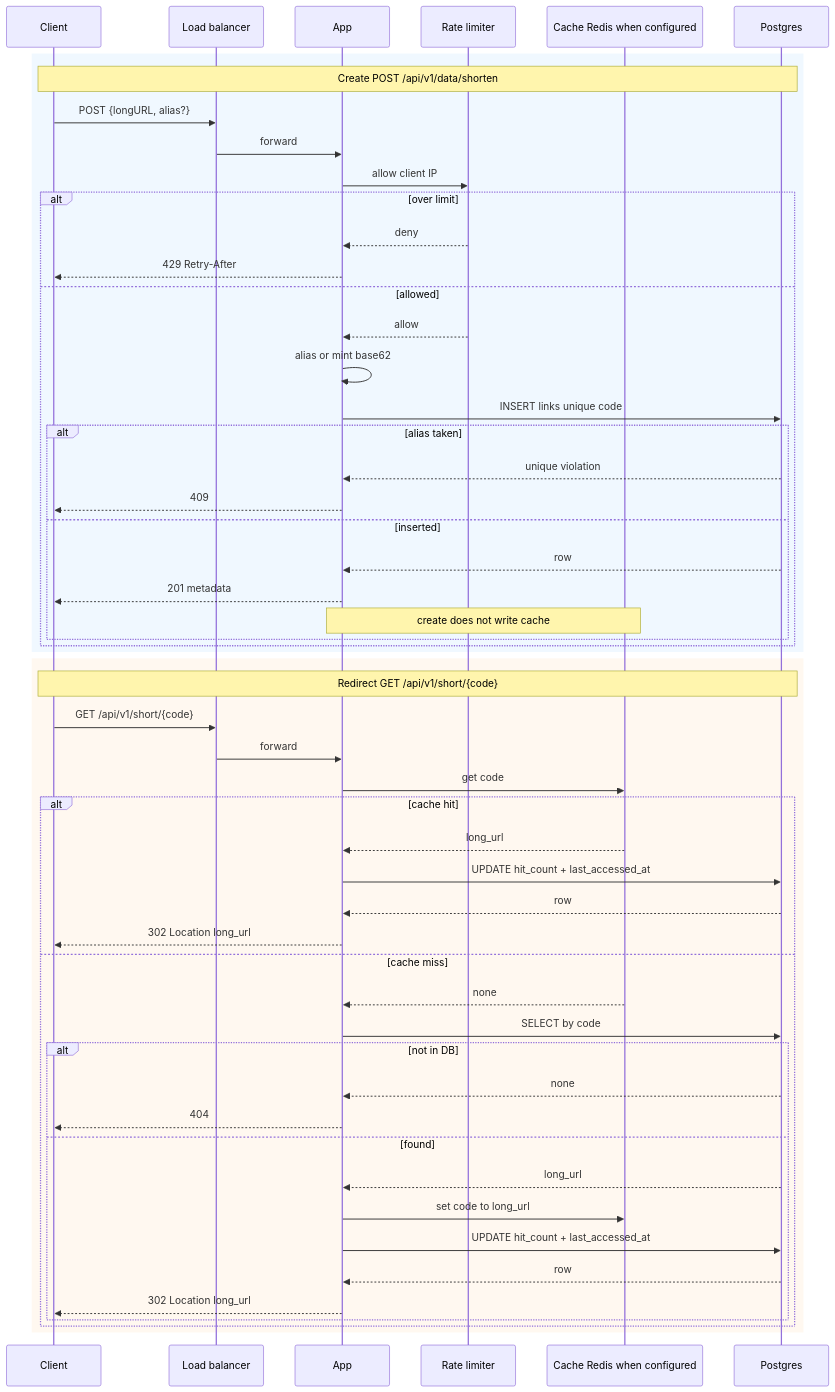
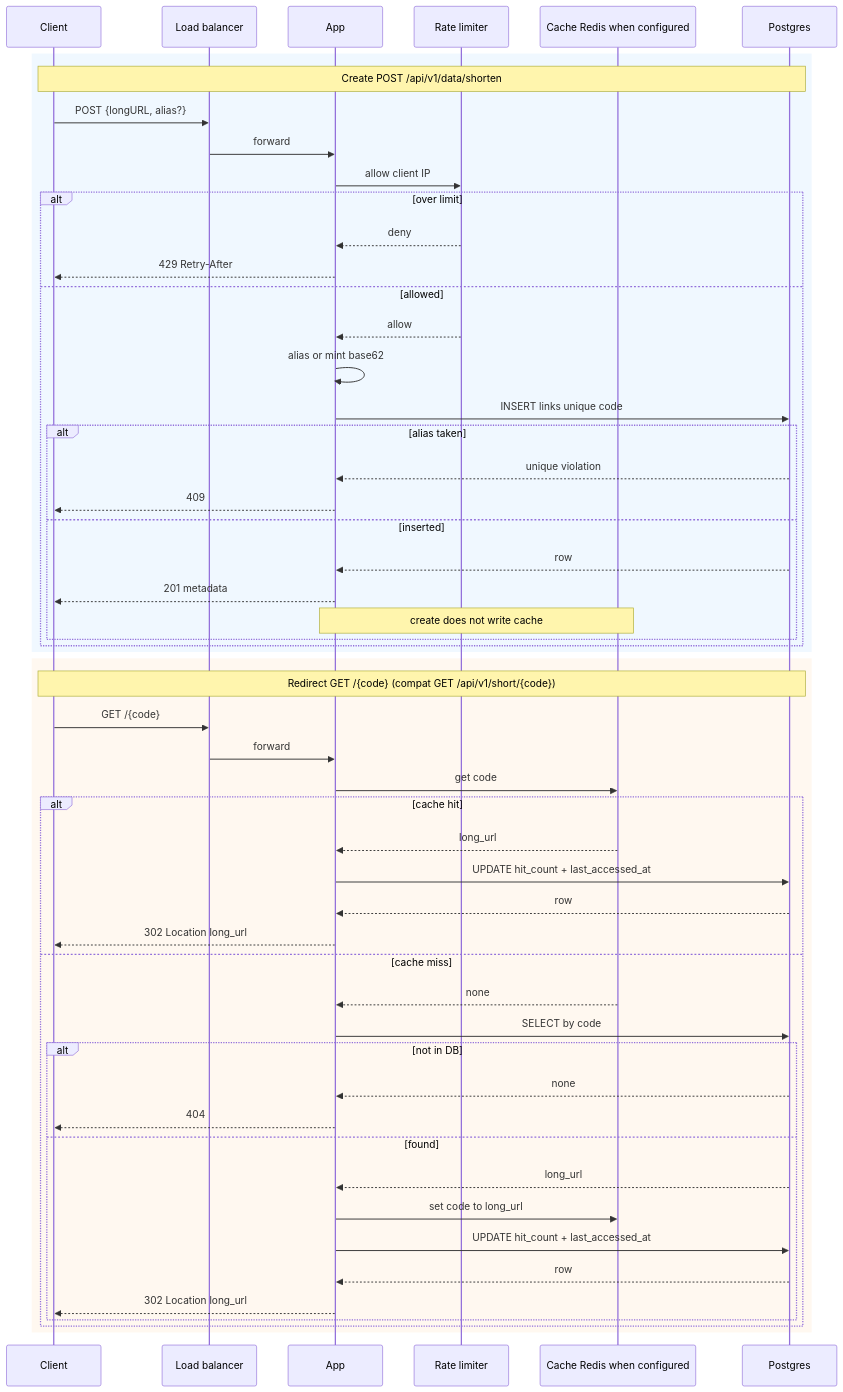
One commit to lagarcess/do-blitz changed the third of 4 diagrams in ARCHITECTURE.md. Above: the diagram before and after it, drawn with Mermaid. The commit also changed other lines of this file and 5 other files, not shown here.

First line of the commit message:
feat: public /{code} redirect and runtime shortURL (#6)

````diff
--- a/ARCHITECTURE.md
+++ b/ARCHITECTURE.md
@@ -110,58 +110,58 @@
 ```mermaid
 sequenceDiagram
     participant Client
     participant LB as Load balancer
     participant App
     participant RL as Rate limiter
     participant Cache as Cache Redis when configured
     participant PG as Postgres
 
     rect rgb(240, 248, 255)
     Note over Client,PG: Create POST /api/v1/data/shorten
     Client->>LB: POST {longURL, alias?}
     LB->>App: forward
     App->>RL: allow client IP
     alt over limit
         RL-->>App: deny
         App-->>Client: 429 Retry-After
     else allowed
         RL-->>App: allow
         App->>App: alias or mint base62
         App->>PG: INSERT links unique code
         alt alias taken
             PG-->>App: unique violation
             App-->>Client: 409
         else inserted
             PG-->>App: row
             App-->>Client: 201 metadata
             Note over App,Cache: create does not write cache
         end
     end
     end
 
     rect rgb(255, 248, 240)
-    Note over Client,PG: Redirect GET /api/v1/short/{code}
-    Client->>LB: GET /api/v1/short/{code}
+    Note over Client,PG: Redirect GET /{code} (compat GET /api/v1/short/{code})
+    Client->>LB: GET /{code}
     LB->>App: forward
     App->>Cache: get code
     alt cache hit
         Cache-->>App: long_url
         App->>PG: UPDATE hit_count + last_accessed_at
         PG-->>App: row
         App-->>Client: 302 Location long_url
     else cache miss
         Cache-->>App: none
         App->>PG: SELECT by code
         alt not in DB
             PG-->>App: none
             App-->>Client: 404
         else found
             PG-->>App: long_url
             App->>Cache: set code to long_url
             App->>PG: UPDATE hit_count + last_accessed_at
             PG-->>App: row
             App-->>Client: 302 Location long_url
         end
     end
     end
 ```
````
